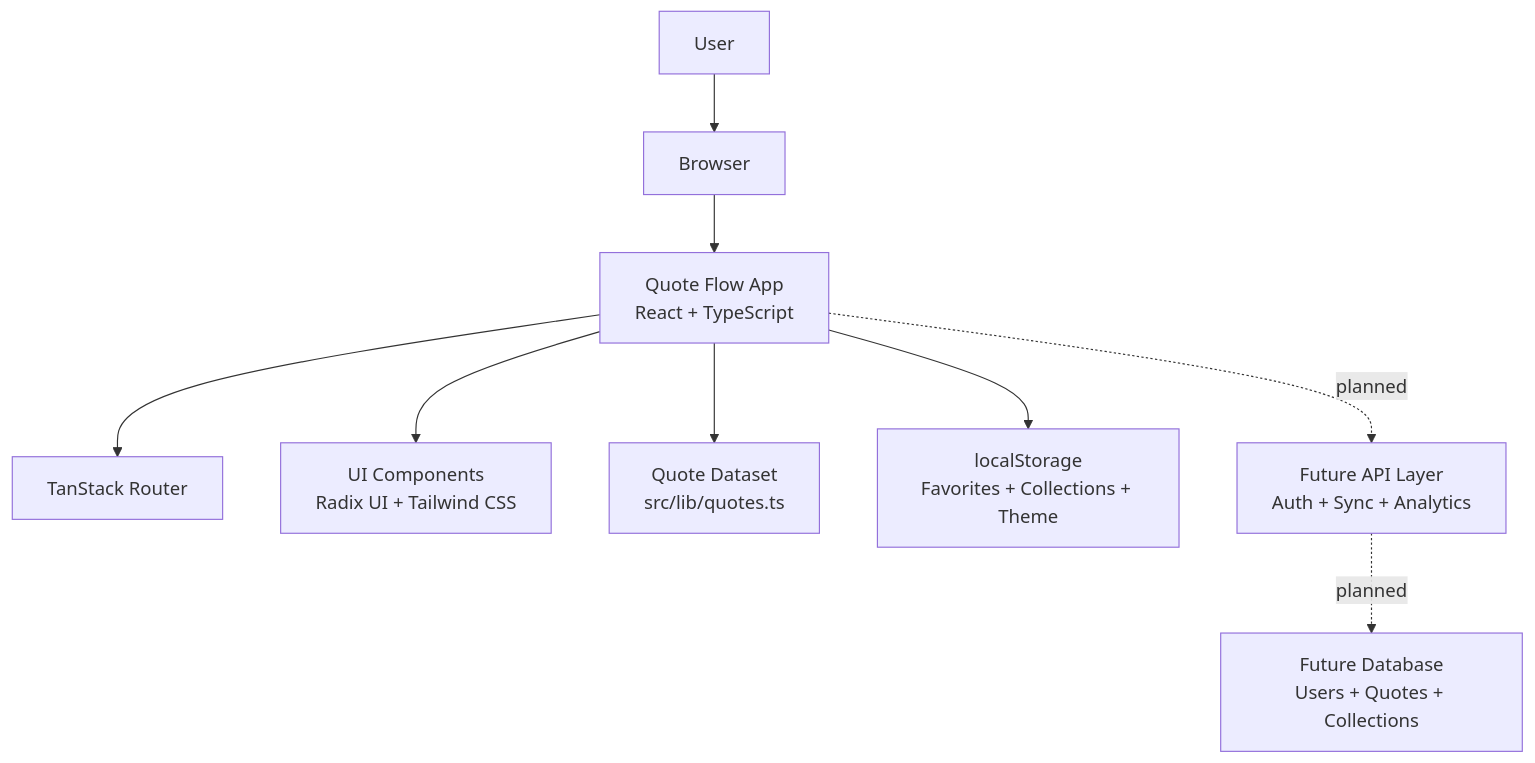
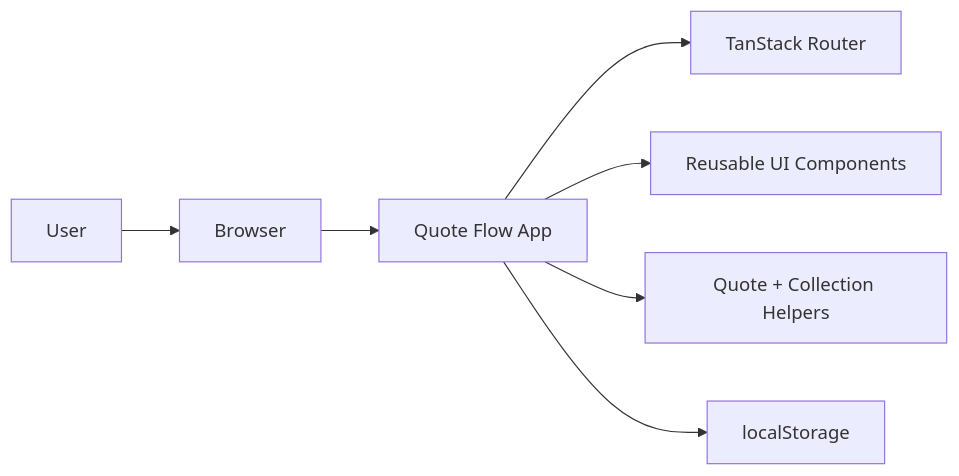
The diagram in README.md (saiashish13/QuoteFlow), drawn with Mermaid before and after one commit. The commit also changed other lines of this file and 3 other files, not shown here.

````diff
--- a/README.md
+++ b/README.md
@@ -105,21 +87,9 @@
 ```mermaid
-flowchart TB
-  User["User"]
-  Browser["Browser"]
-  App["Quote Flow App<br/>React + TypeScript"]
-  Router["TanStack Router"]
-  UI["UI Components<br/>Radix UI + Tailwind CSS"]
-  Data["Quote Dataset<br/>src/lib/quotes.ts"]
-  Storage["localStorage<br/>Favorites + Collections + Theme"]
-  FutureAPI["Future API Layer<br/>Auth + Sync + Analytics"]
-  FutureDB["Future Database<br/>Users + Quotes + Collections"]
-
-  User --> Browser
-  Browser --> App
-  App --> Router
-  App --> UI
-  App --> Data
-  App --> Storage
-  App -. planned .-> FutureAPI
-  FutureAPI -. planned .-> FutureDB
+flowchart LR
+  User["User"] --> Browser["Browser"]
+  Browser --> App["Quote Flow App"]
+  App --> Router["TanStack Router"]
+  App --> UI["Reusable UI Components"]
+  App --> Data["Quote + Collection Helpers"]
+  App --> Storage["localStorage"]
 ```
````
